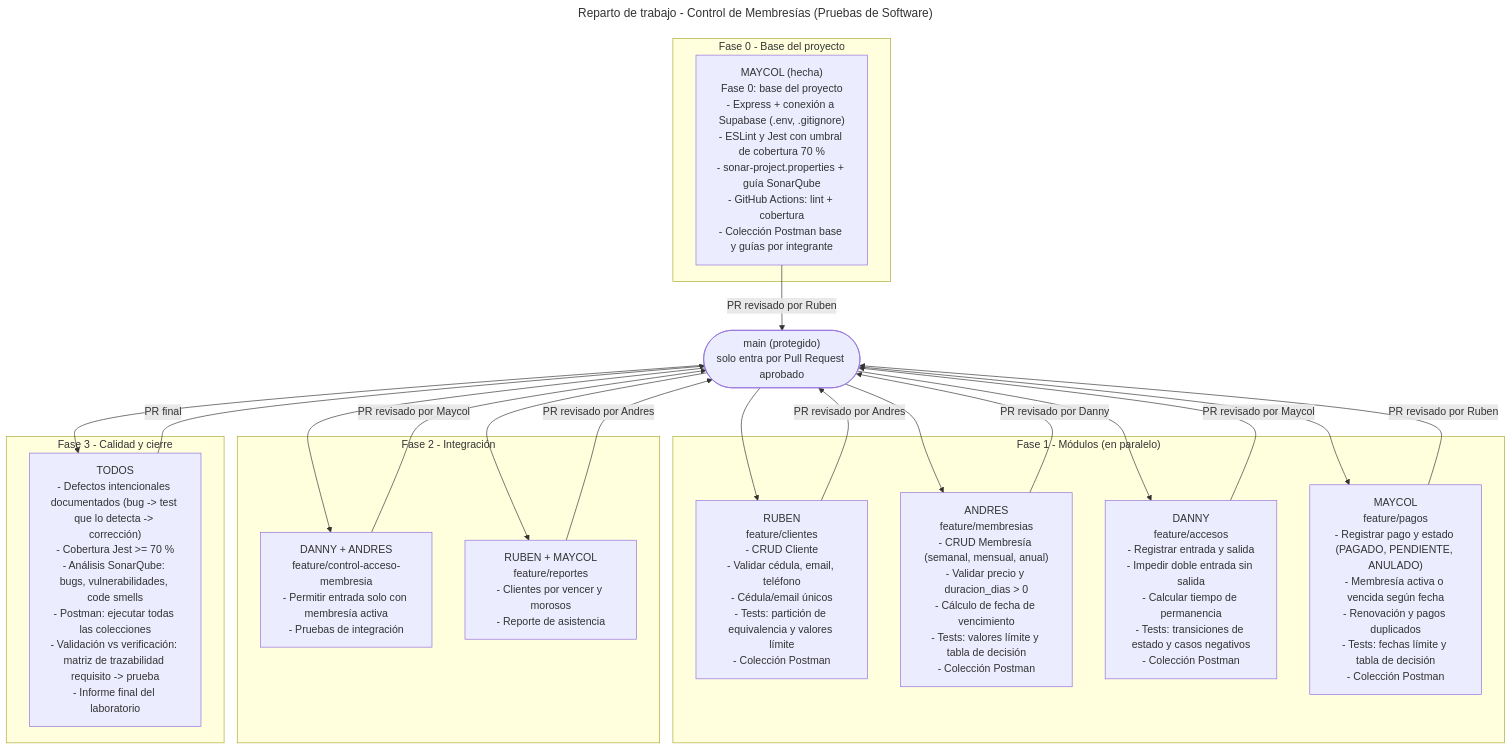
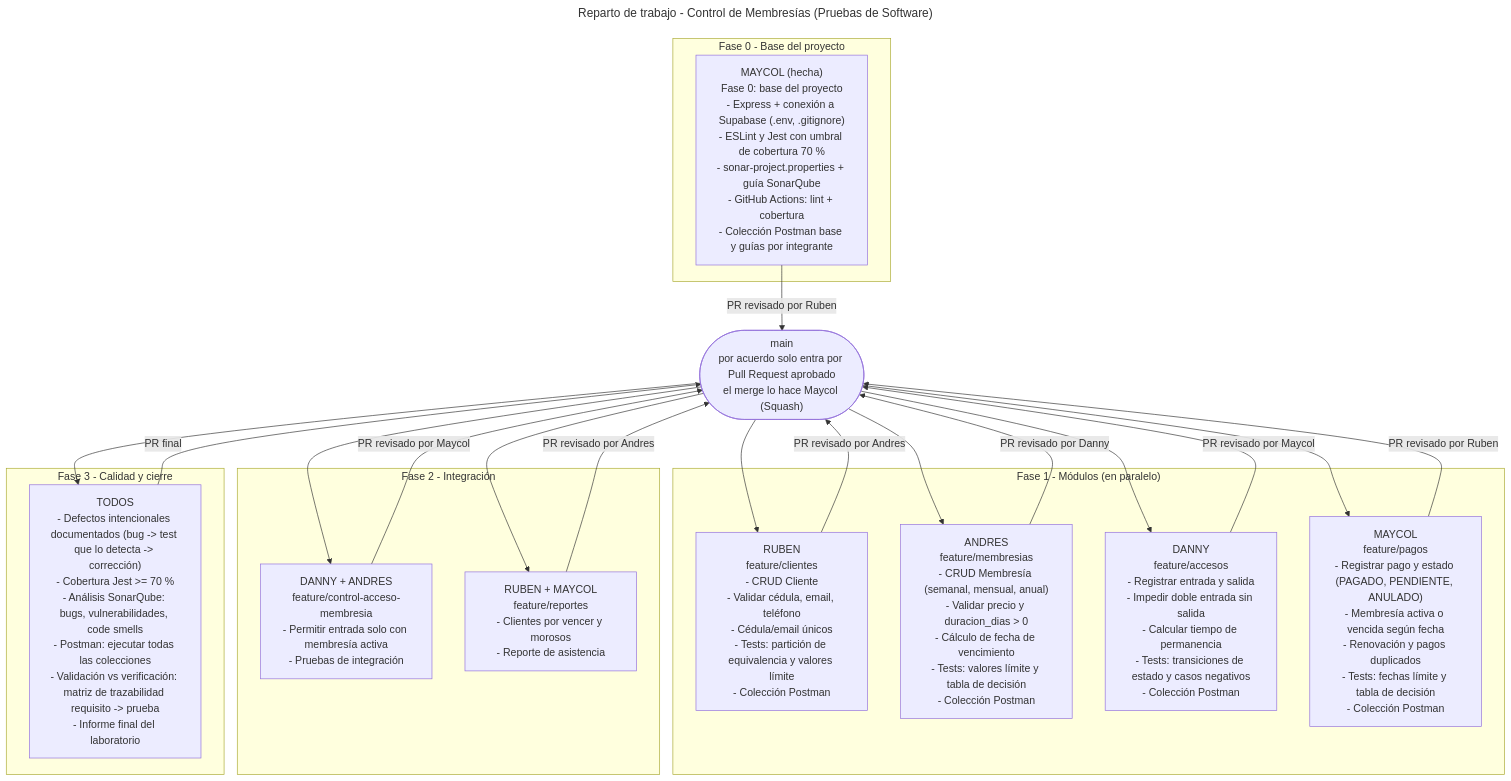
Before and after one commit to xMaycol08/Gimnasio_PruebasSoftware: the diagram in docs/planificacion/reparto-trabajo.mmd, drawn with Mermaid. The commit also changed 7 other files, not shown here.

First line of the commit message:
sin protección de main, revisión cruzada

```diff
--- a/docs/planificacion/reparto-trabajo.mmd
+++ b/docs/planificacion/reparto-trabajo.mmd
@@ -1,44 +1,44 @@
 ---
 title: Reparto de trabajo - Control de Membresías (Pruebas de Software)
 ---
 %% Equipo: Maycol, Rubén, Andres y Danny.
-%% Flujo: rama de funcionalidad -> Pull Request -> revisión de otro integrante -> merge a main.
-%% Reglas: main protegido, PR obligatorio, CI en verde (ESLint + Jest >= 70 %), SonarQube y Postman como entregables.
+%% Flujo: rama de funcionalidad -> Pull Request -> revisión de otro integrante -> merge a main (lo hace Maycol, con Squash).
+%% Reglas: PR obligatorio por acuerdo del grupo (sin protección técnica en GitHub), CI en verde (ESLint + Jest >= 70 %), SonarQube y Postman como entregables.
 flowchart TD
-    MAIN(["main (protegido)<br/>solo entra por Pull Request aprobado"])
+    MAIN(["main<br/>por acuerdo solo entra por Pull Request aprobado<br/>el merge lo hace Maycol (Squash)"])
 
     subgraph F0["Fase 0 - Base del proyecto"]
         M0["MAYCOL (hecha)<br/>Fase 0: base del proyecto<br/>- Express + conexión a Supabase (.env, .gitignore)<br/>- ESLint y Jest con umbral de cobertura 70 %<br/>- sonar-project.properties + guía SonarQube<br/>- GitHub Actions: lint + cobertura<br/>- Colección Postman base y guías por integrante"]
     end
 
     subgraph F1["Fase 1 - Módulos (en paralelo)"]
         R1["RUBEN<br/>feature/clientes<br/>- CRUD Cliente<br/>- Validar cédula, email, teléfono<br/>- Cédula/email únicos<br/>- Tests: partición de equivalencia y valores límite<br/>- Colección Postman"]
         A1["ANDRES<br/>feature/membresias<br/>- CRUD Membresía (semanal, mensual, anual)<br/>- Validar precio y duracion_dias > 0<br/>- Cálculo de fecha de vencimiento<br/>- Tests: valores límite y tabla de decisión<br/>- Colección Postman"]
         D1["DANNY<br/>feature/accesos<br/>- Registrar entrada y salida<br/>- Impedir doble entrada sin salida<br/>- Calcular tiempo de permanencia<br/>- Tests: transiciones de estado y casos negativos<br/>- Colección Postman"]
         M1["MAYCOL<br/>feature/pagos<br/>- Registrar pago y estado (PAGADO, PENDIENTE, ANULADO)<br/>- Membresía activa o vencida según fecha<br/>- Renovación y pagos duplicados<br/>- Tests: fechas límite y tabla de decisión<br/>- Colección Postman"]
     end
 
     subgraph F2["Fase 2 - Integración"]
         D2["DANNY + ANDRES<br/>feature/control-acceso-membresia<br/>- Permitir entrada solo con membresía activa<br/>- Pruebas de integración"]
         R2["RUBEN + MAYCOL<br/>feature/reportes<br/>- Clientes por vencer y morosos<br/>- Reporte de asistencia"]
     end
 
     subgraph F3["Fase 3 - Calidad y cierre"]
         Q1["TODOS<br/>- Defectos intencionales documentados (bug -> test que lo detecta -> corrección)<br/>- Cobertura Jest >= 70 %<br/>- Análisis SonarQube: bugs, vulnerabilidades, code smells<br/>- Postman: ejecutar todas las colecciones<br/>- Validación vs verificación: matriz de trazabilidad requisito -> prueba<br/>- Informe final del laboratorio"]
     end
 
     M0 -->|"PR revisado por Ruben"| MAIN
     MAIN --> R1
     MAIN --> A1
     MAIN --> D1
     MAIN --> M1
     R1 -->|"PR revisado por Andres"| MAIN
     A1 -->|"PR revisado por Danny"| MAIN
     D1 -->|"PR revisado por Maycol"| MAIN
     M1 -->|"PR revisado por Ruben"| MAIN
     MAIN --> D2
     MAIN --> R2
     D2 -->|"PR revisado por Maycol"| MAIN
     R2 -->|"PR revisado por Andres"| MAIN
     MAIN --> Q1
     Q1 -->|"PR final"| MAIN
```
